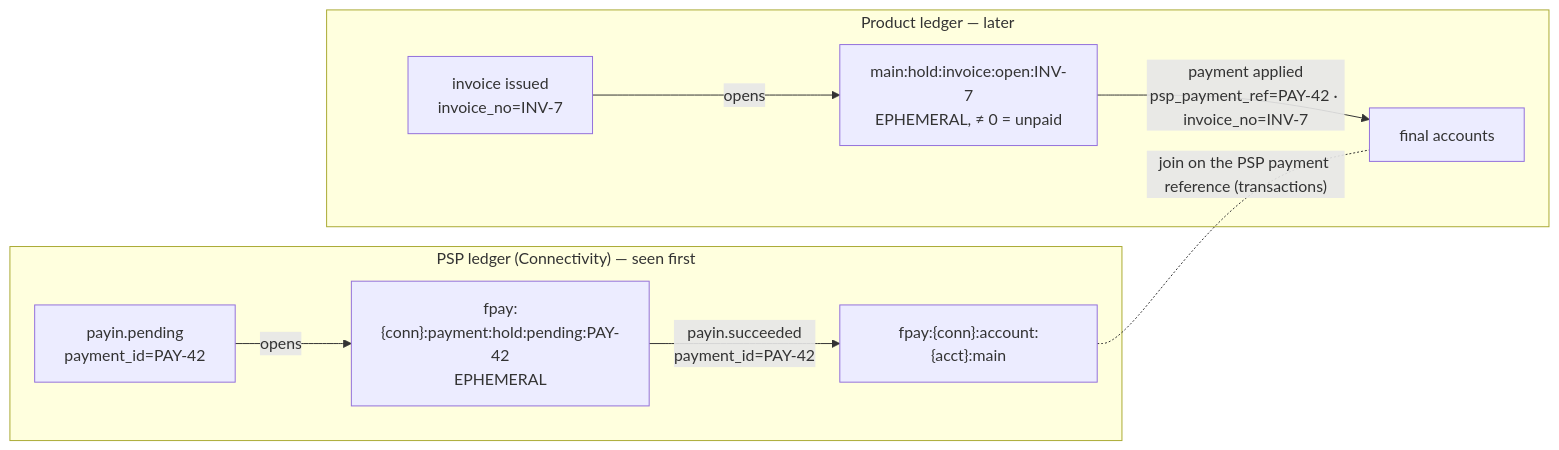
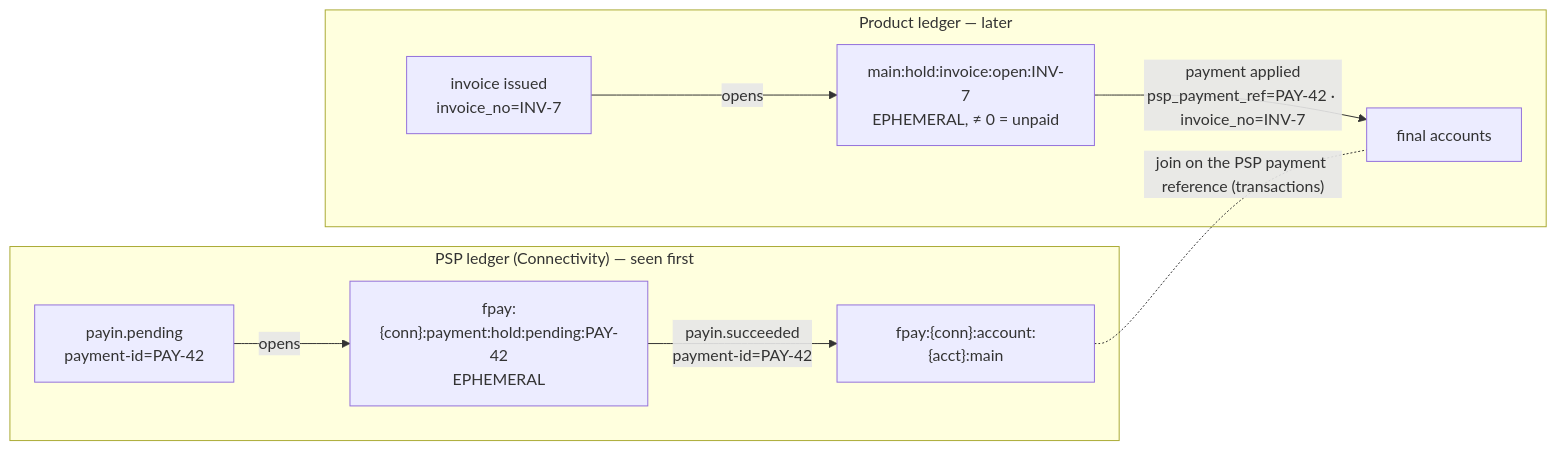
One commit to formancehq/reconciliation changed the first of 2 diagrams in docs/technical/transaction-level-reconciliation.md. Above: the diagram before and after it, drawn with Mermaid. The commit also changed other lines of this file and 1 other file, not shown here.

````diff
--- a/docs/technical/transaction-level-reconciliation.md
+++ b/docs/technical/transaction-level-reconciliation.md
@@ -32,12 +32,12 @@
 ```mermaid
 flowchart LR
     subgraph Q["PSP ledger (Connectivity) — seen first"]
-      Q1["payin.pending<br/>payment_id=PAY-42"] -->|opens| QH["fpay:{conn}:payment:hold:pending:PAY-42<br/>EPHEMERAL"]
-      QH -->|"payin.succeeded<br/>payment_id=PAY-42"| QF["fpay:{conn}:account:{acct}:main"]
+      Q1["payin.pending<br/>payment-id=PAY-42"] -->|opens| QH["fpay:{conn}:payment:hold:pending:PAY-42<br/>EPHEMERAL"]
+      QH -->|"payin.succeeded<br/>payment-id=PAY-42"| QF["fpay:{conn}:account:{acct}:main"]
     end
     subgraph P["Product ledger — later"]
       P1["invoice issued<br/>invoice_no=INV-7"] -->|opens| PH["main:hold:invoice:open:INV-7<br/>EPHEMERAL, ≠ 0 = unpaid"]
       PH -->|"payment applied<br/>psp_payment_ref=PAY-42 · invoice_no=INV-7"| PF["final accounts"]
     end
     QF -. "join on the PSP payment reference (transactions)" .- PF
 ```
````
